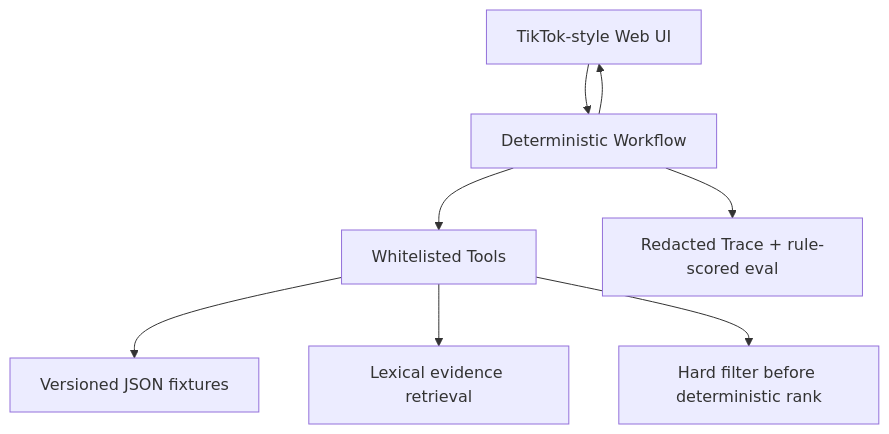
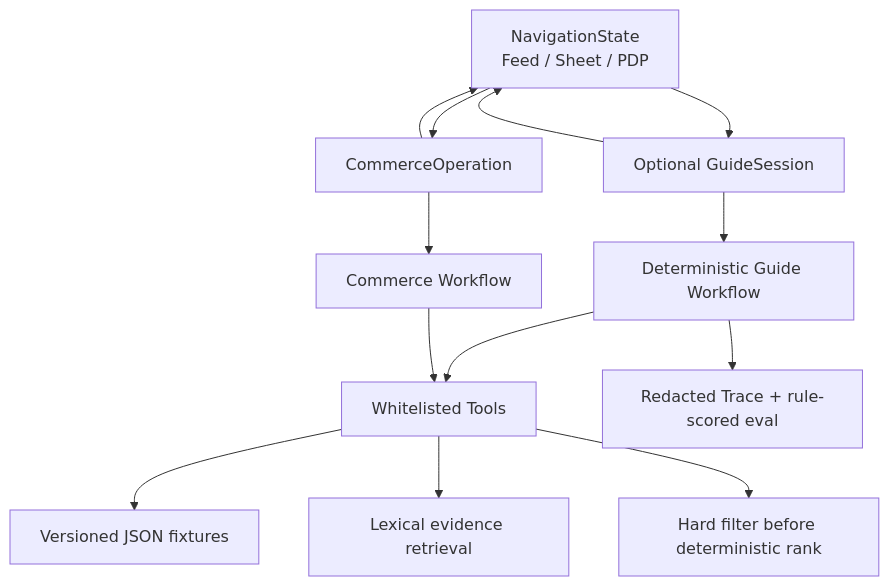
The second of 2 diagrams in README.md (teemoweng/ai-shopping-agent), drawn with Mermaid before and after one commit. The commit also changed other lines of this file and 2 other files, not shown here.

Commit message:
docs: verify TikTok experience redesign demo

````diff
--- a/README.md
+++ b/README.md
@@ -62,10 +76,15 @@
 ```mermaid
 flowchart TB
-    UI["TikTok-style Web UI"] --> WF["Deterministic Workflow"]
+    UI["NavigationState<br/>Feed / Sheet / PDP"] --> GW["Optional GuideSession"]
+    UI --> CW["CommerceOperation"]
+    GW --> WF["Deterministic Guide Workflow"]
+    CW --> CF["Commerce Workflow"]
     WF --> TL["Whitelisted Tools"]
+    CF --> TL
     TL --> DB["Versioned JSON fixtures"]
     TL --> RET["Lexical evidence retrieval"]
     TL --> FIL["Hard filter before deterministic rank"]
-    WF --> UI
+    GW --> UI
+    CW --> UI
     WF --> OBS["Redacted Trace + rule-scored eval"]
 ```
````
